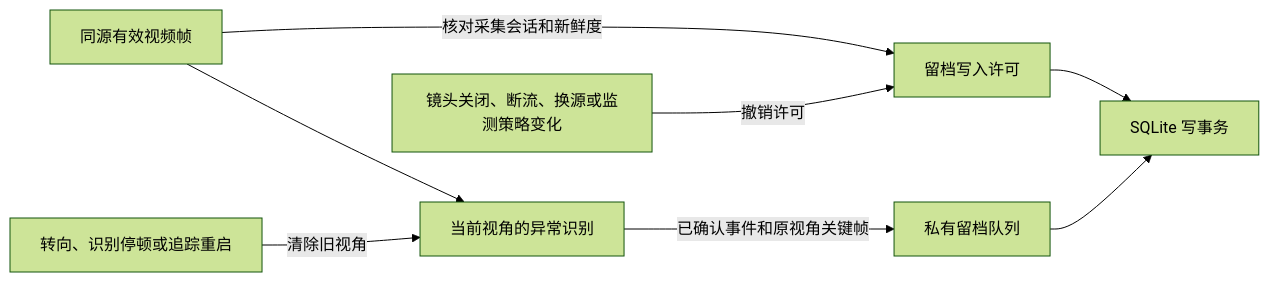
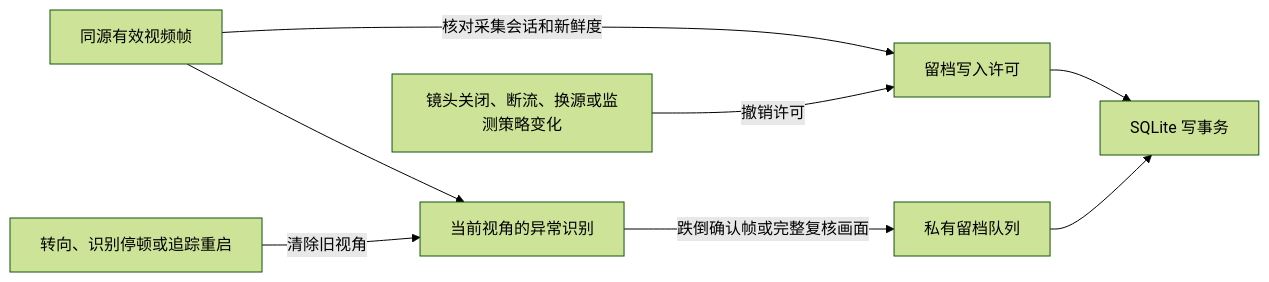
One commit to Geeprox/Friday changed the sixth of 29 diagrams in docs/architecture.md. Above: the diagram before and after it, drawn with Mermaid (forest theme). The commit also changed other lines of this file and 3 other files, not shown here.

````diff
--- a/docs/architecture.md
+++ b/docs/architecture.md
@@ -151,10 +153,10 @@
 ```mermaid
 flowchart LR
   A[同源有效视频帧] --> B[当前视角的异常识别]
   A -->|核对采集会话和新鲜度| C[留档写入许可]
-  B -->|已确认事件和原视角关键帧| D[私有留档队列]
+  B -->|跌倒确认帧或完整复核画面| D[私有留档队列]
   E[转向、识别停顿或追踪重启] -->|清除旧视角| B
   C --> F[SQLite 写事务]
   D --> F
   G[镜头关闭、断流、换源或监测策略变化] -->|撤销许可| C
 ```
````
